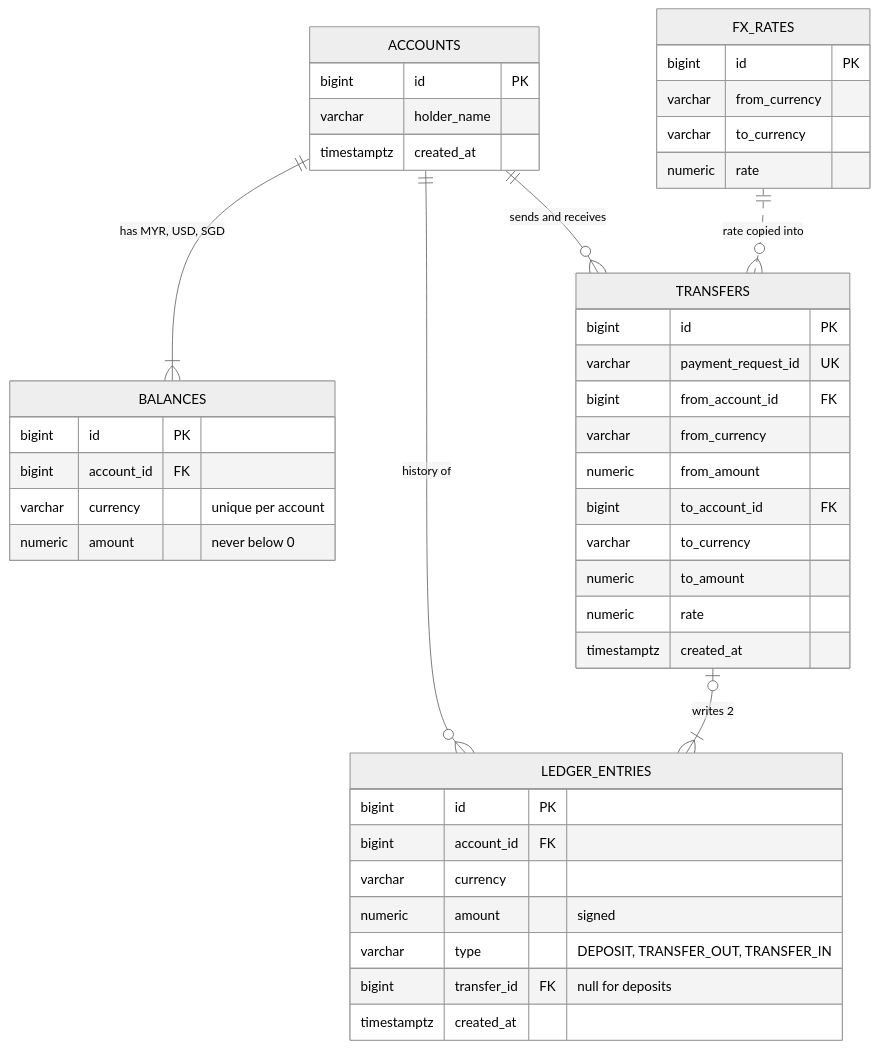
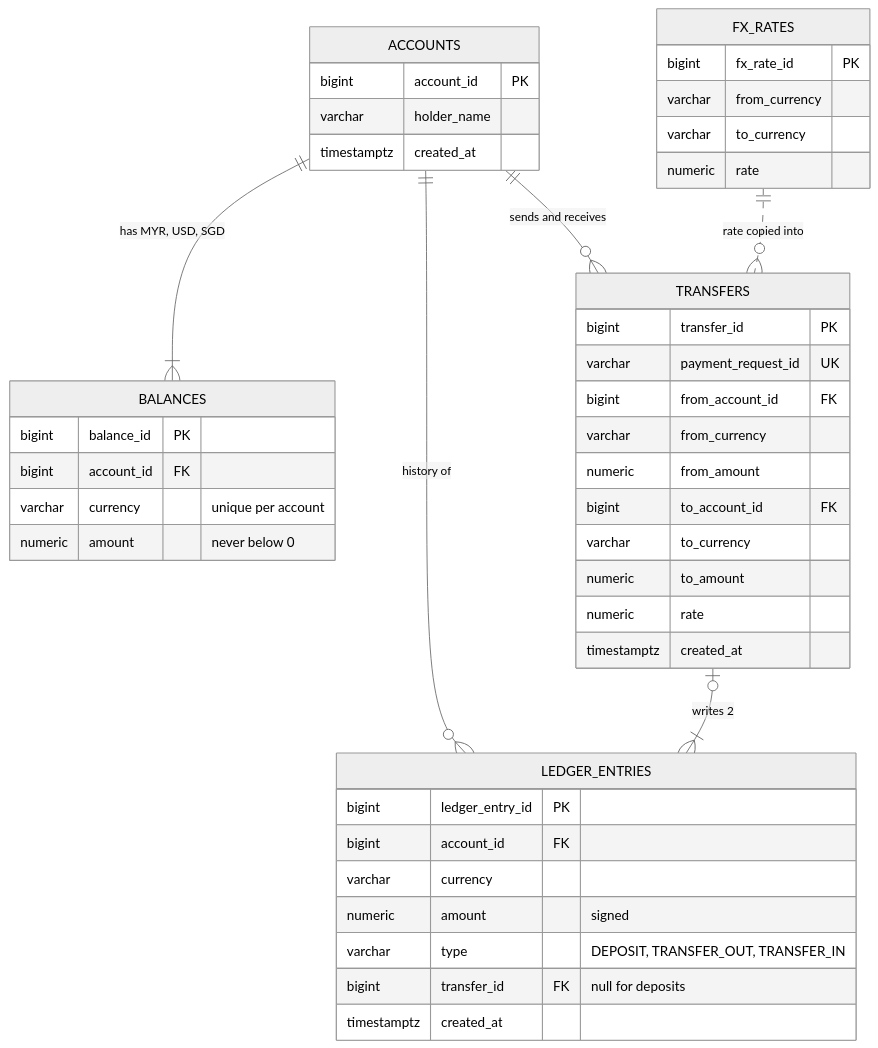
The third of 3 diagrams in README.md (JianRong-King/JustPay-API), drawn with Mermaid (neutral theme) before and after one commit. The commit also changed other lines of this file, not shown here.

Commit message:
docs(readme): align text and diagrams with new primary key names

````diff
--- a/README.md
+++ b/README.md
@@ -166,47 +166,47 @@
 ```mermaid
 erDiagram
     ACCOUNTS ||--|{ BALANCES : "has MYR, USD, SGD"
     ACCOUNTS ||--o{ LEDGER_ENTRIES : "history of"
     ACCOUNTS ||--o{ TRANSFERS : "sends and receives"
     TRANSFERS |o--|{ LEDGER_ENTRIES : "writes 2"
     FX_RATES ||..o{ TRANSFERS : "rate copied into"
 
     ACCOUNTS {
-        bigint id PK
+        bigint account_id PK
         varchar holder_name
         timestamptz created_at
     }
     BALANCES {
-        bigint id PK
+        bigint balance_id PK
         bigint account_id FK
         varchar currency "unique per account"
         numeric amount "never below 0"
     }
     TRANSFERS {
-        bigint id PK
+        bigint transfer_id PK
         varchar payment_request_id UK
         bigint from_account_id FK
         varchar from_currency
         numeric from_amount
         bigint to_account_id FK
         varchar to_currency
         numeric to_amount
         numeric rate
         timestamptz created_at
     }
     LEDGER_ENTRIES {
-        bigint id PK
+        bigint ledger_entry_id PK
         bigint account_id FK
         varchar currency
         numeric amount "signed"
         varchar type "DEPOSIT, TRANSFER_OUT, TRANSFER_IN"
         bigint transfer_id FK "null for deposits"
         timestamptz created_at
     }
     FX_RATES {
-        bigint id PK
+        bigint fx_rate_id PK
         varchar from_currency
         varchar to_currency
         numeric rate
     }
 ```
````
